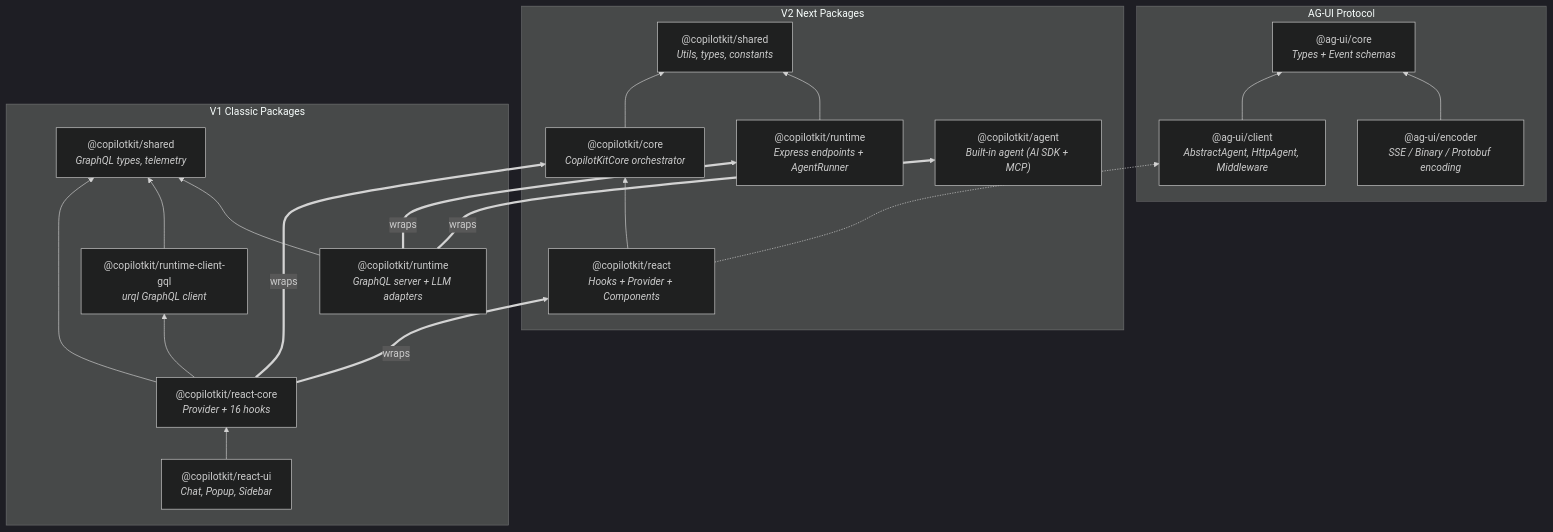
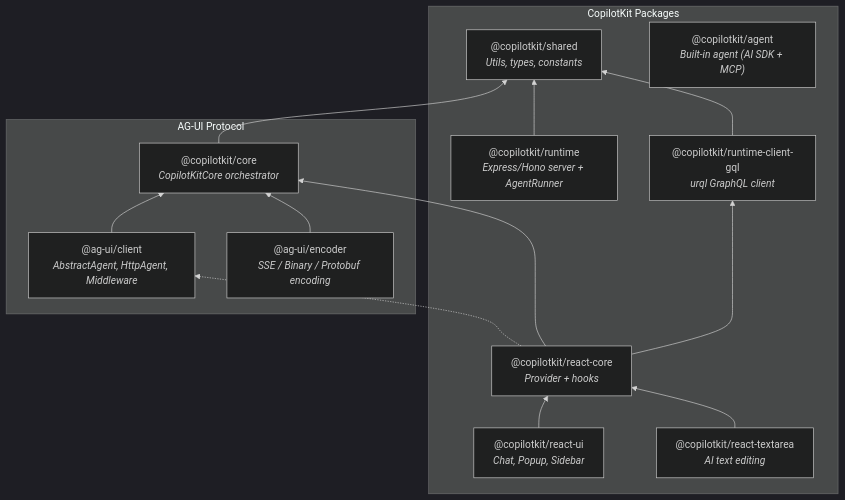
The third of 4 diagrams in dev-docs/architecture/ARCHITECTURE.md (kartik098ki/CopilotKit), drawn with Mermaid (dark theme) before and after one commit. The commit also changed other lines of this file and 64 other files, not shown here.

````diff
--- a/dev-docs/architecture/ARCHITECTURE.md
+++ b/dev-docs/architecture/ARCHITECTURE.md
@@ -105,42 +105,30 @@
 ```mermaid
 graph BT
     subgraph AG-UI Protocol
         core["@ag-ui/core<br/><i>Types + Event schemas</i>"]
         client["@ag-ui/client<br/><i>AbstractAgent, HttpAgent, Middleware</i>"]
         encoder["@ag-ui/encoder<br/><i>SSE / Binary / Protobuf encoding</i>"]
         client --> core
         encoder --> core
     end
 
-    subgraph V2 Next Packages
-        v2shared["@copilotkit/shared<br/><i>Utils, types, constants</i>"]
-        v2core["@copilotkit/core<br/><i>CopilotKitCore orchestrator</i>"]
-        v2react["@copilotkit/react<br/><i>Hooks + Provider + Components</i>"]
-        v2runtime["@copilotkit/runtime<br/><i>Express endpoints + AgentRunner</i>"]
-        v2agent["@copilotkit/agent<br/><i>Built-in agent (AI SDK + MCP)</i>"]
+    subgraph CopilotKit Packages
+        shared["@copilotkit/shared<br/><i>Utils, types, constants</i>"]
+        core["@copilotkit/core<br/><i>CopilotKitCore orchestrator</i>"]
+        reactcore["@copilotkit/react-core<br/><i>Provider + hooks</i>"]
+        reactui["@copilotkit/react-ui<br/><i>Chat, Popup, Sidebar</i>"]
+        reacttextarea["@copilotkit/react-textarea<br/><i>AI text editing</i>"]
+        gql["@copilotkit/runtime-client-gql<br/><i>urql GraphQL client</i>"]
+        runtime["@copilotkit/runtime<br/><i>Express/Hono server + AgentRunner</i>"]
+        agent["@copilotkit/agent<br/><i>Built-in agent (AI SDK + MCP)</i>"]
 
-        v2core --> v2shared
-        v2react --> v2core
-        v2runtime --> v2shared
-        v2react -.-> client
+        core --> shared
+        reactcore --> core
+        reactcore --> gql
+        reactui --> reactcore
+        reacttextarea --> reactcore
+        runtime --> shared
+        reactcore -.-> client
+        gql --> shared
     end
-
-    subgraph V1 Classic Packages
-        v1shared["@copilotkit/shared<br/><i>GraphQL types, telemetry</i>"]
-        v1core["@copilotkit/react-core<br/><i>Provider + 16 hooks</i>"]
-        v1ui["@copilotkit/react-ui<br/><i>Chat, Popup, Sidebar</i>"]
-        v1gql["@copilotkit/runtime-client-gql<br/><i>urql GraphQL client</i>"]
-        v1runtime["@copilotkit/runtime<br/><i>GraphQL server + LLM adapters</i>"]
-
-        v1core --> v1shared
-        v1core --> v1gql
-        v1ui --> v1core
-        v1gql --> v1shared
-        v1runtime --> v1shared
-    end
-
-    v1core ==>|wraps| v2core
-    v1core ==>|wraps| v2react
-    v1runtime ==>|wraps| v2runtime
-    v1runtime ==>|wraps| v2agent
 ```
````
